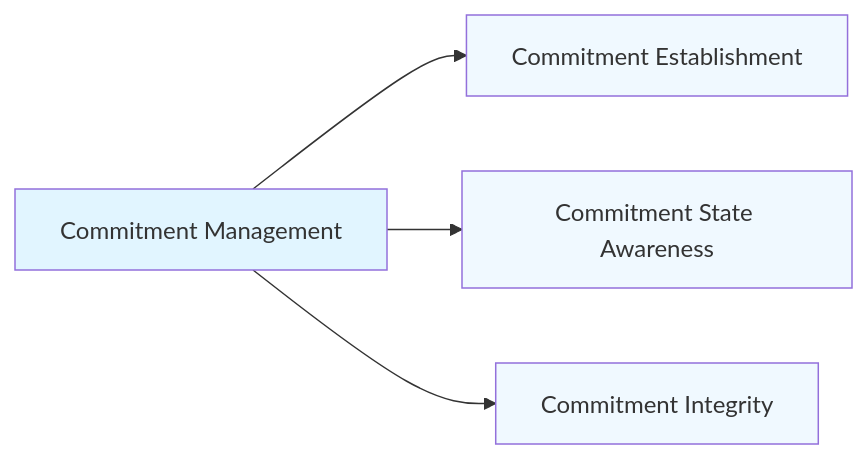
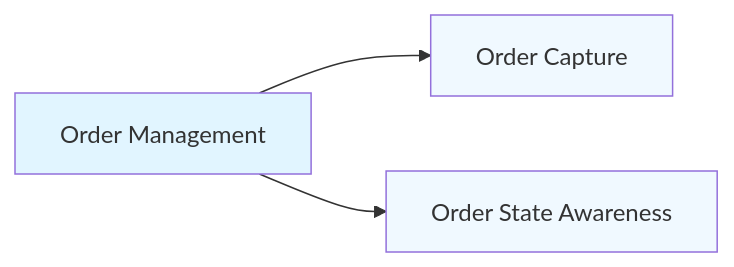
Before and after one commit to Evilazaro/Azure-LogicApps-Monitoring: the second of 7 diagrams in docs/architecture/01-business-architecture.md, drawn with Mermaid. The commit also changed other lines of this file, not shown here.

Commit message:
Refactor Business Architecture document: update terminology and definitions to enhance clarity in order management and fulfillment processes

````diff
--- a/docs/architecture/01-business-architecture.md
+++ b/docs/architecture/01-business-architecture.md
@@ -135,11 +107,9 @@
 ```mermaid
 graph LR
-    CM[Commitment Management] --> CR[Commitment Establishment]
-    CM --> CS[Commitment State Awareness]
-    CM --> CV[Commitment Integrity]
+    OM[Order Management] --> OC[Order Capture]
+    OM --> OS[Order State Awareness]
 
-    style CM fill:#e1f5ff
-    style CR fill:#f0f9ff
-    style CS fill:#f0f9ff
-    style CV fill:#f0f9ff
+    style OM fill:#e1f5ff
+    style OC fill:#f0f9ff
+    style OS fill:#f0f9ff
 ```
````
